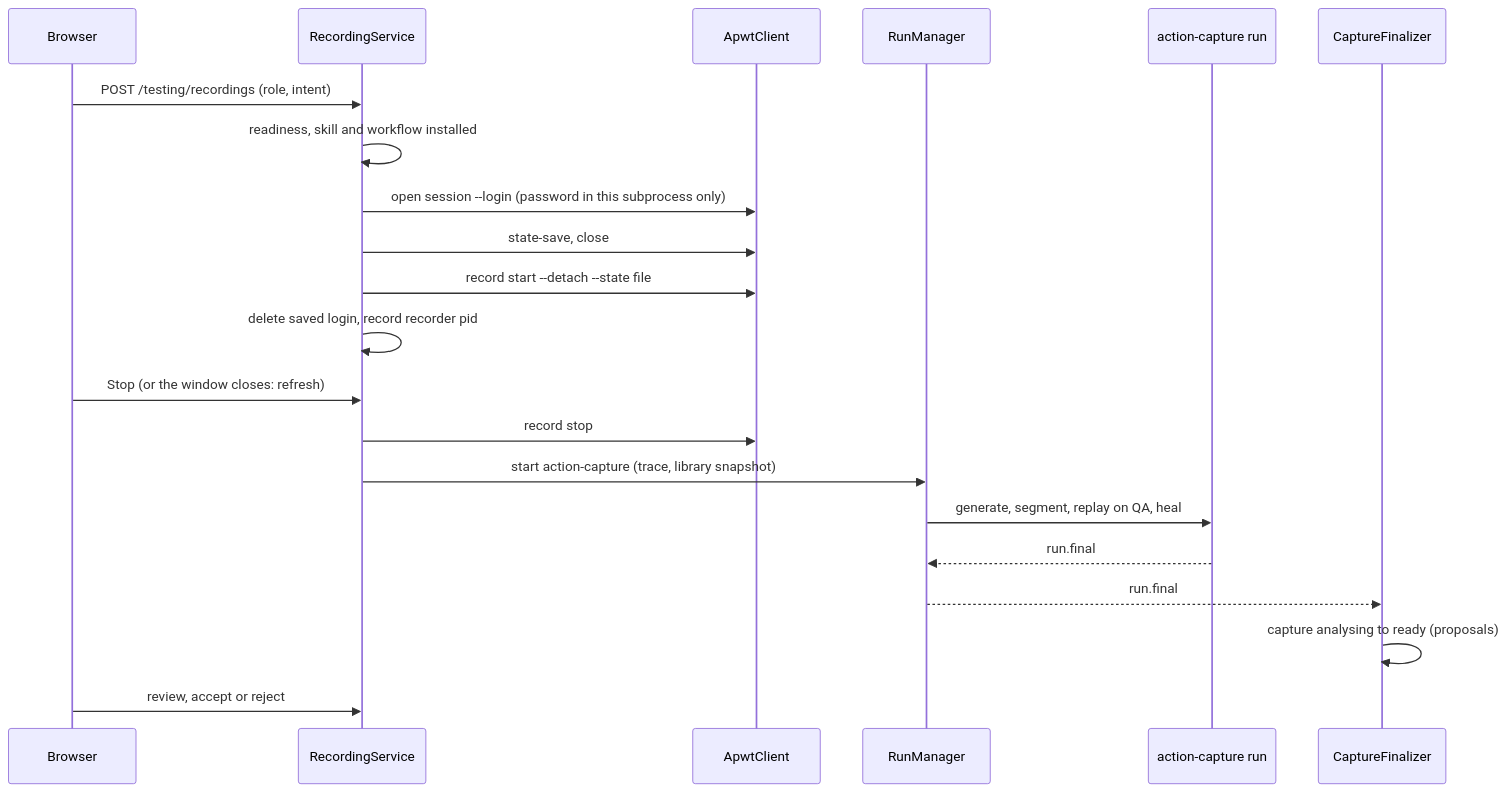
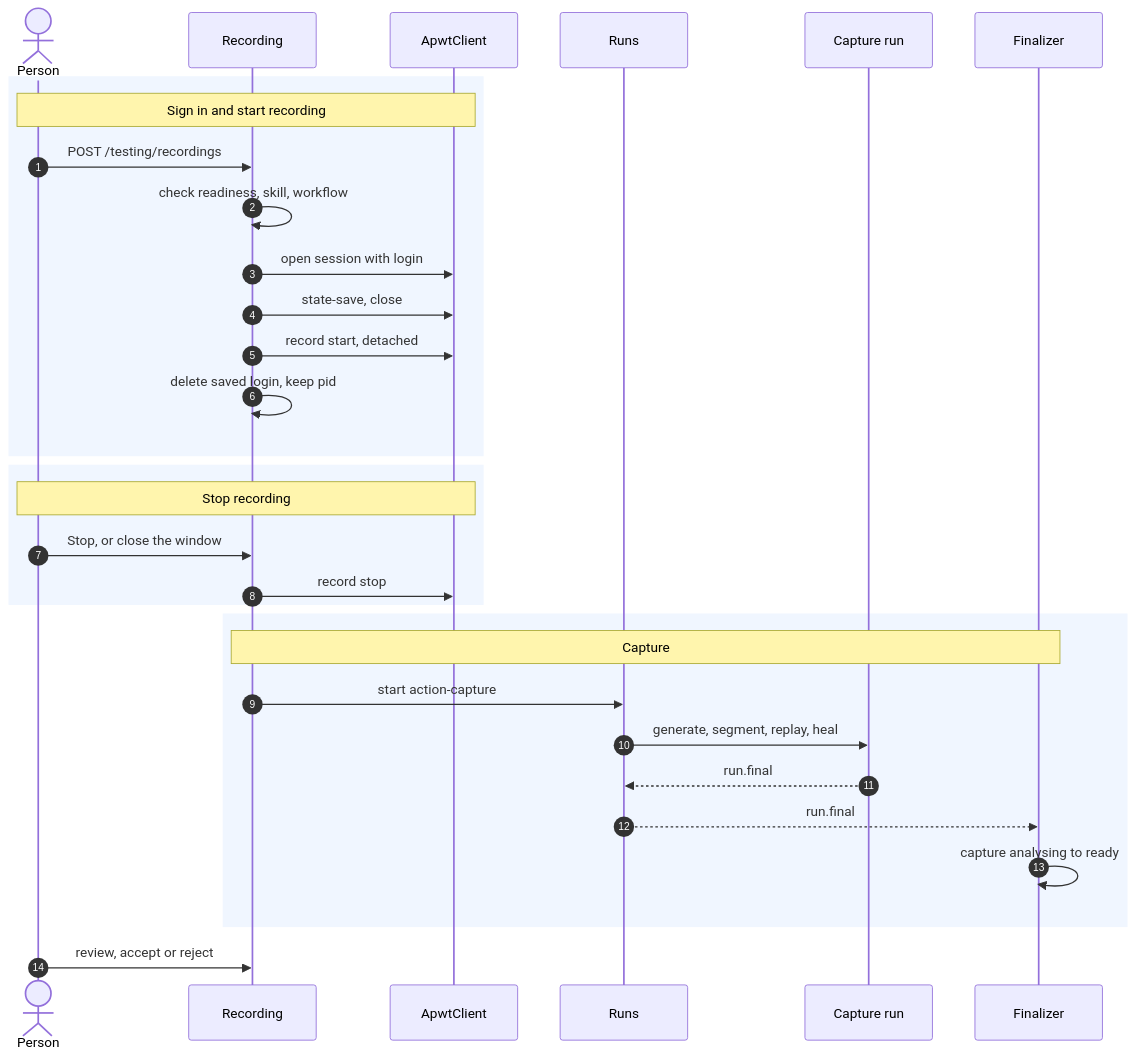
Before and after one commit to ram-020998/project-tracker: the fifth of 7 diagrams in genesis/architecture/modules/testing.md, drawn with Mermaid. The commit also changed other lines of this file and 24 other files, not shown here.

First line of the commit message:
architecture: rewrite all 86 Mermaid diagrams to one C4 style, each render-checked

````diff
--- a/genesis/architecture/modules/testing.md
+++ b/genesis/architecture/modules/testing.md
@@ -342,23 +384,33 @@
 ```mermaid
 sequenceDiagram
-    participant UI as Browser
-    participant Rec as RecordingService
+    autonumber
+    actor U as Person
+    participant Rec as Recording
     participant Apwt as ApwtClient
-    participant RM as RunManager
-    participant Wf as action-capture run
-    participant Fin as CaptureFinalizer
-    UI->>Rec: POST /testing/recordings (role, intent)
-    Rec->>Rec: readiness, skill and workflow installed
-    Rec->>Apwt: open session --login (password in this subprocess only)
+    participant RM as Runs
+    participant Wf as Capture run
+    participant Fin as Finalizer
+    rect rgb(240, 246, 255)
+    Note over U,Apwt: Sign in and start recording
+    U->>Rec: POST /testing/recordings
+    Rec->>Rec: check readiness, skill, workflow
+    Rec->>Apwt: open session with login
     Rec->>Apwt: state-save, close
-    Rec->>Apwt: record start --detach --state file
-    Rec->>Rec: delete saved login, record recorder pid
-    UI->>Rec: Stop (or the window closes: refresh)
+    Rec->>Apwt: record start, detached
+    Rec->>Rec: delete saved login, keep pid
+    end
+    rect rgb(240, 246, 255)
+    Note over U,Apwt: Stop recording
+    U->>Rec: Stop, or close the window
     Rec->>Apwt: record stop
-    Rec->>RM: start action-capture (trace, library snapshot)
-    RM->>Wf: generate, segment, replay on QA, heal
+    end
+    rect rgb(240, 246, 255)
+    Note over Rec,Fin: Capture
+    Rec->>RM: start action-capture
+    RM->>Wf: generate, segment, replay, heal
     Wf-->>RM: run.final
     RM-->>Fin: run.final
-    Fin->>Fin: capture analysing to ready (proposals)
-    UI->>Rec: review, accept or reject
+    Fin->>Fin: capture analysing to ready
+    end
+    U->>Rec: review, accept or reject
 ```
````
